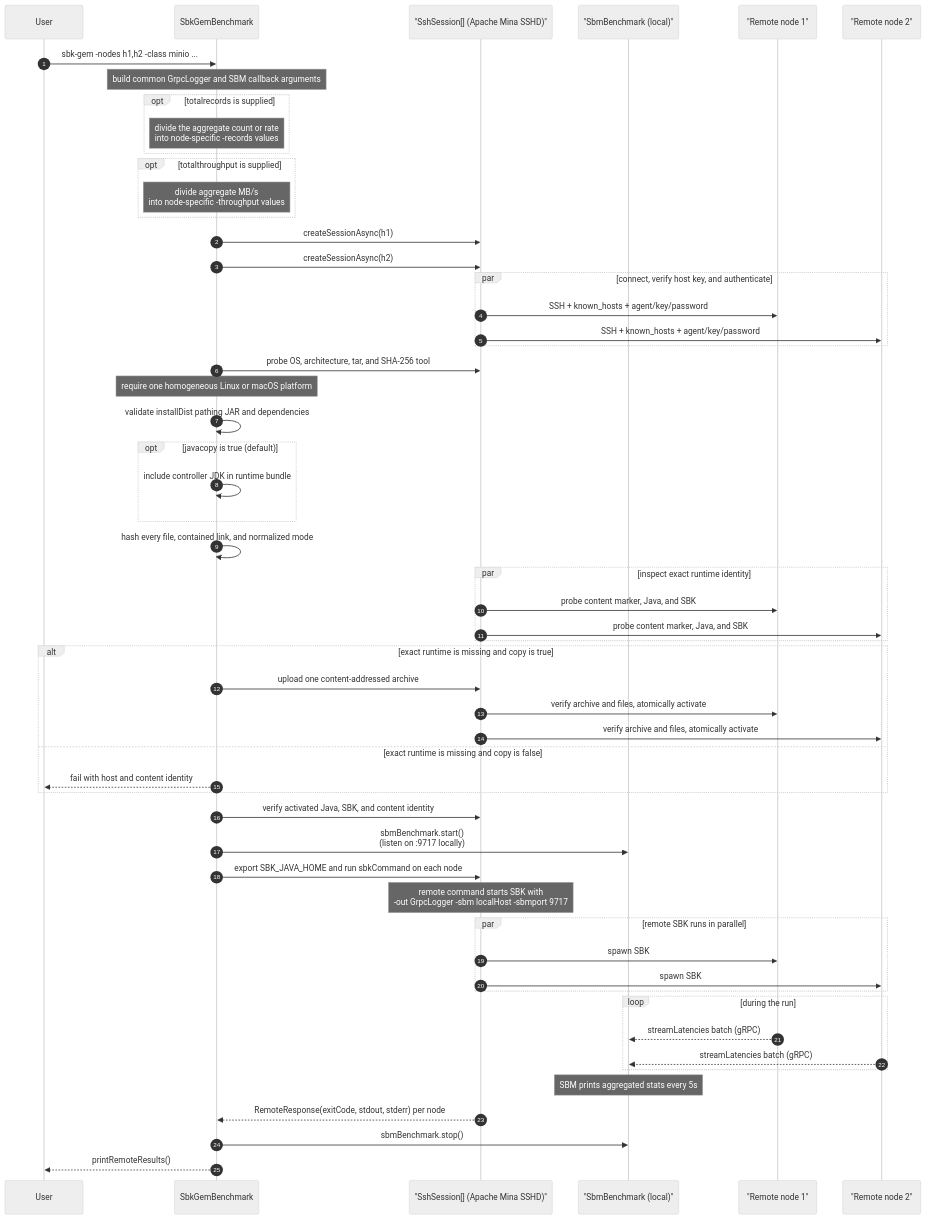
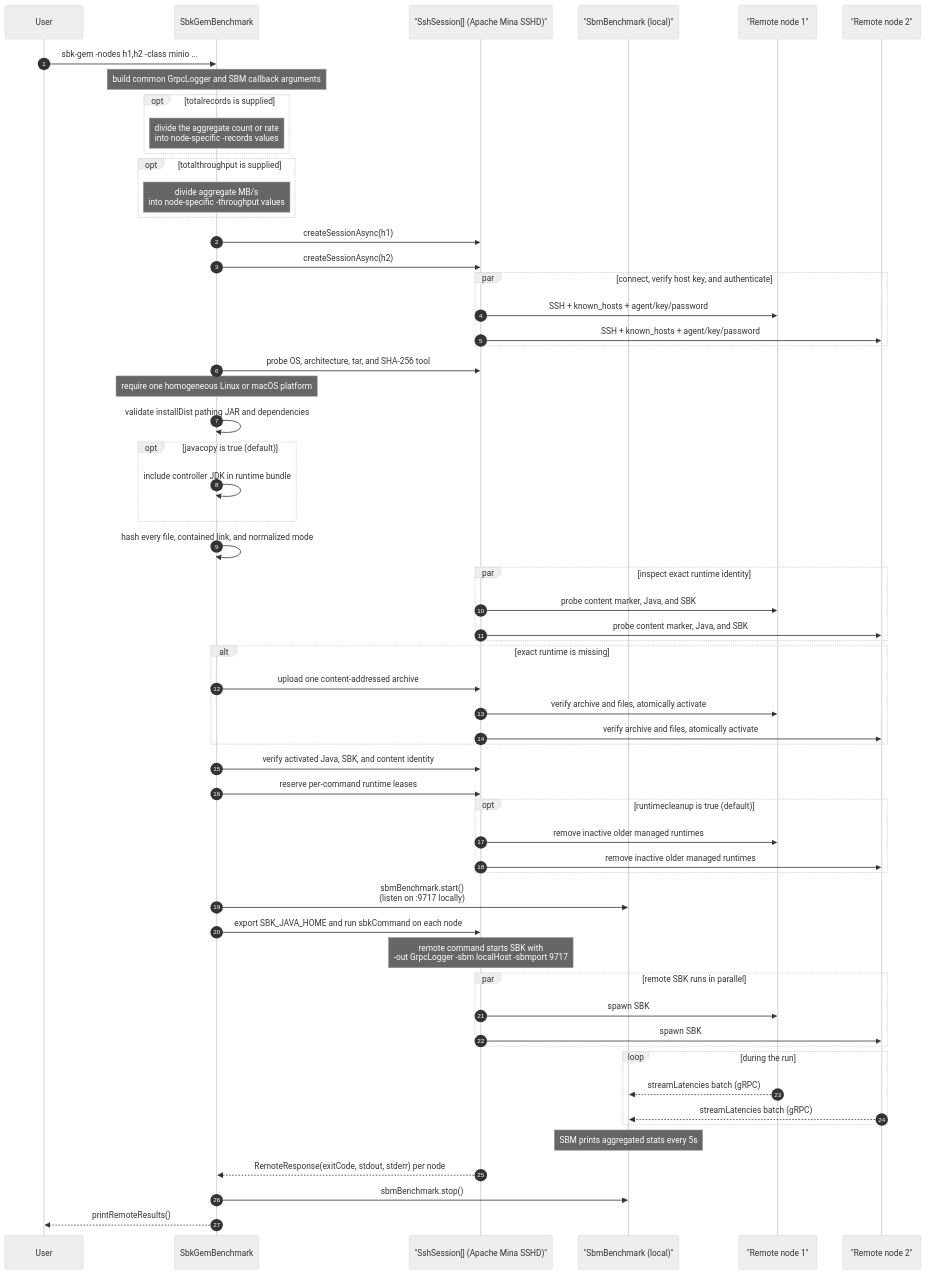
Before and after one commit to kmgowda/SBK: diagram 27 of 43 in docs/sbk-internals.md, drawn with Mermaid (neutral theme). The commit also changed other lines of this file and 21 other files, not shown here.

Commit message:
Automate SBK-GEM runtime lifecycle

````diff
--- a/docs/sbk-internals.md
+++ b/docs/sbk-internals.md
@@ -1901,65 +1901,68 @@
 ```mermaid
 sequenceDiagram
     autonumber
     participant User
     participant GEM as SbkGemBenchmark
     participant SSH as "SshSession[] (Apache Mina SSHD)"
     participant SBM as "SbmBenchmark (local)"
     participant N1 as "Remote node 1"
     participant N2 as "Remote node 2"
 
     User->>GEM: sbk-gem -nodes h1,h2 -class minio ...
     Note over GEM: build common GrpcLogger and SBM callback arguments
     opt totalrecords is supplied
         Note over GEM: divide the aggregate count or rate<br/>into node-specific -records values
     end
     opt totalthroughput is supplied
         Note over GEM: divide aggregate MB/s<br/>into node-specific -throughput values
     end
     GEM->>SSH: createSessionAsync(h1)
     GEM->>SSH: createSessionAsync(h2)
     par connect, verify host key, and authenticate
         SSH->>N1: SSH + known_hosts + agent/key/password
         SSH->>N2: SSH + known_hosts + agent/key/password
     end
 
     GEM->>SSH: probe OS, architecture, tar, and SHA-256 tool
     Note over GEM: require one homogeneous Linux or macOS platform
     GEM->>GEM: validate installDist pathing JAR and dependencies
     opt javacopy is true (default)
         GEM->>GEM: include controller JDK in runtime bundle
     end
     GEM->>GEM: hash every file, contained link, and normalized mode
     par inspect exact runtime identity
         SSH->>N1: probe content marker, Java, and SBK
         SSH->>N2: probe content marker, Java, and SBK
     end
-    alt exact runtime is missing and copy is true
+    alt exact runtime is missing
         GEM->>SSH: upload one content-addressed archive
         SSH->>N1: verify archive and files, atomically activate
         SSH->>N2: verify archive and files, atomically activate
-    else exact runtime is missing and copy is false
-        GEM-->>User: fail with host and content identity
     end
     GEM->>SSH: verify activated Java, SBK, and content identity
+    GEM->>SSH: reserve per-command runtime leases
+    opt runtimecleanup is true (default)
+        SSH->>N1: remove inactive older managed runtimes
+        SSH->>N2: remove inactive older managed runtimes
+    end
 
     GEM->>SBM: sbmBenchmark.start()<br/>(listen on :9717 locally)
     GEM->>SSH: export SBK_JAVA_HOME and run sbkCommand on each node
     Note over SSH: remote command starts SBK with<br/>-out GrpcLogger -sbm localHost -sbmport 9717
 
     par remote SBK runs in parallel
         SSH->>N1: spawn SBK
         SSH->>N2: spawn SBK
     end
 
     loop during the run
         N1-->>SBM: streamLatencies batch (gRPC)
         N2-->>SBM: streamLatencies batch (gRPC)
     end
 
     Note over SBM: SBM prints aggregated stats every 5s
 
     SSH-->>GEM: RemoteResponse(exitCode, stdout, stderr) per node
     GEM->>SBM: sbmBenchmark.stop()
 GEM-->>User: printRemoteResults()
 ```
````
